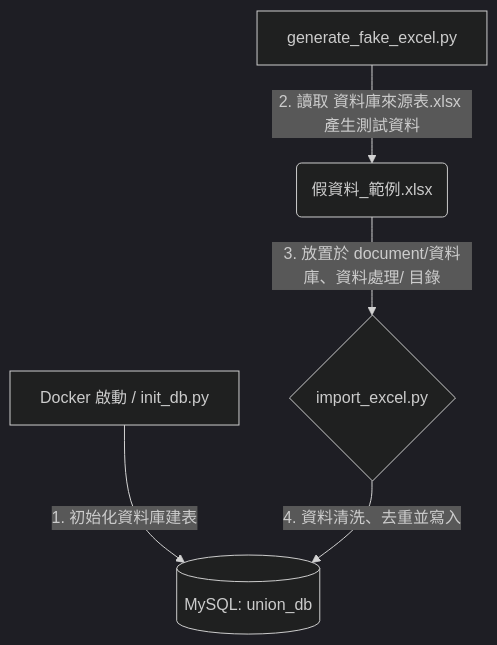
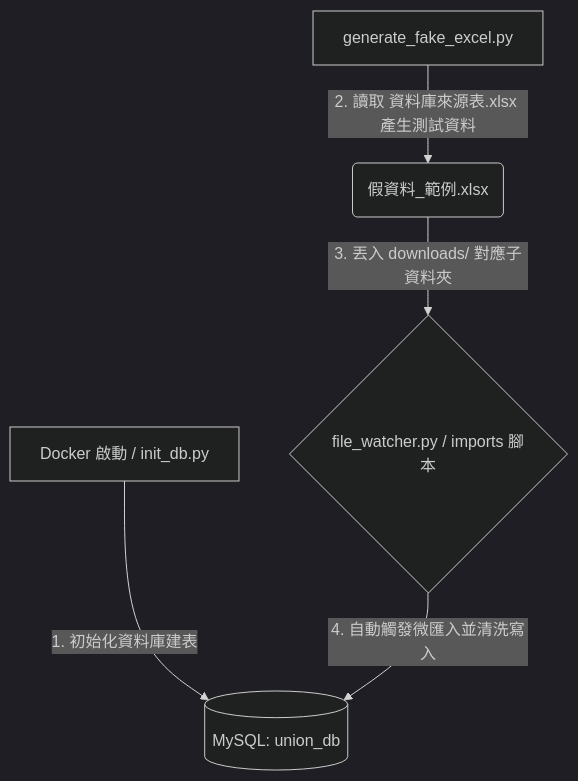
The diagram in README.md (chrishzc/Labor_union), drawn with Mermaid (dark theme) before and after one commit. The commit also changed other lines of this file and 25 other files, not shown here.

````diff
--- a/README.md
+++ b/README.md
@@ -165,7 +164,7 @@
 ```mermaid
 graph TD
     A[Docker 啟動 / init_db.py] -->|1. 初始化資料庫建表| B[(MySQL: union_db)]
     C[generate_fake_excel.py] -->|2. 讀取 資料庫來源表.xlsx 產生測試資料| D(假資料_範例.xlsx)
-    D -->|3. 放置於 document/資料庫、資料處理/ 目錄| E{import_excel.py}
-    E -->|4. 資料清洗、去重並寫入| B
+    D -->|3. 丟入 downloads/ 對應子資料夾| E{file_watcher.py / imports 腳本}
+    E -->|4. 自動觸發微匯入並清洗寫入| B
 ```
````
